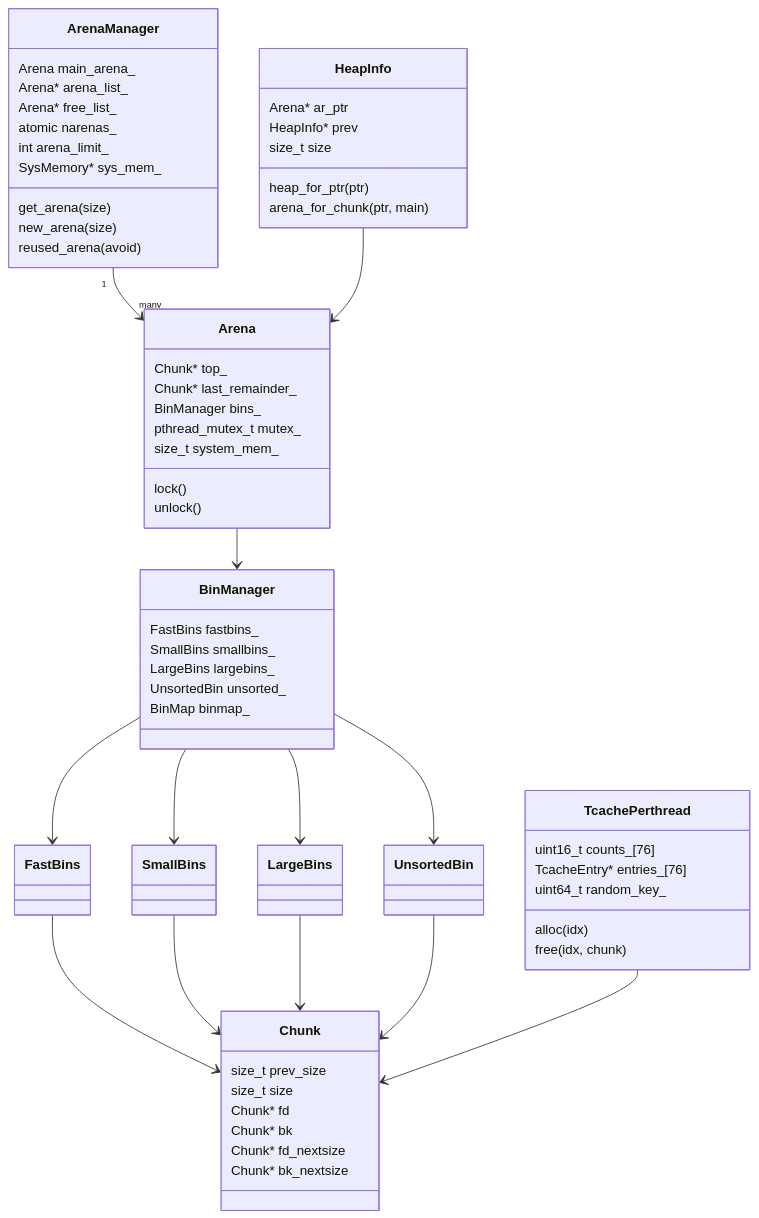
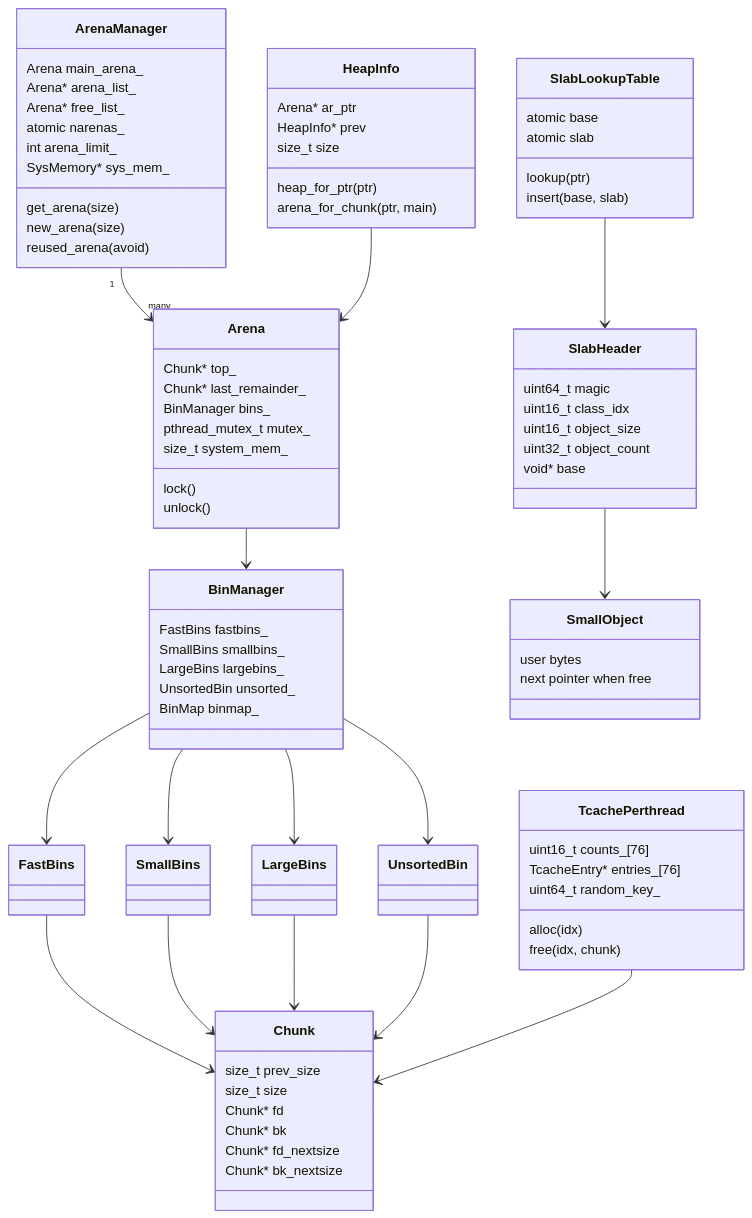
The second of 11 diagrams in docs/allocator_design.md (sdsasf/my_malloc), drawn with Mermaid before and after one commit. The commit also changed other lines of this file and 7 other files, not shown here.

Commit message:
Add small-object slab fast path

````diff
--- a/docs/allocator_design.md
+++ b/docs/allocator_design.md
@@ -115,6 +125,26 @@
       arena_for_chunk(ptr, main)
     }
 
+    class SlabHeader {
+      uint64_t magic
+      uint16_t class_idx
+      uint16_t object_size
+      uint32_t object_count
+      void* base
+    }
+
+    class SlabLookupTable {
+      atomic<void*> base
+      atomic<SlabHeader*> slab
+      lookup(ptr)
+      insert(base, slab)
+    }
+
+    class SmallObject {
+      user bytes
+      next pointer when free
+    }
+
     ArenaManager "1" --> "many" Arena
     Arena --> BinManager
     BinManager --> FastBins
@@ -127,4 +157,6 @@
     UnsortedBin --> Chunk
     TcachePerthread --> Chunk
     HeapInfo --> Arena
+    SlabLookupTable --> SlabHeader
+    SlabHeader --> SmallObject
 ```
````
